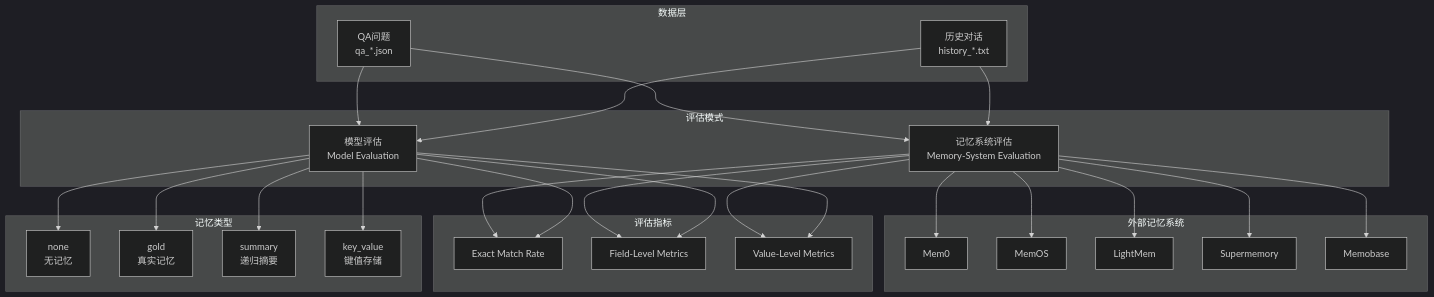
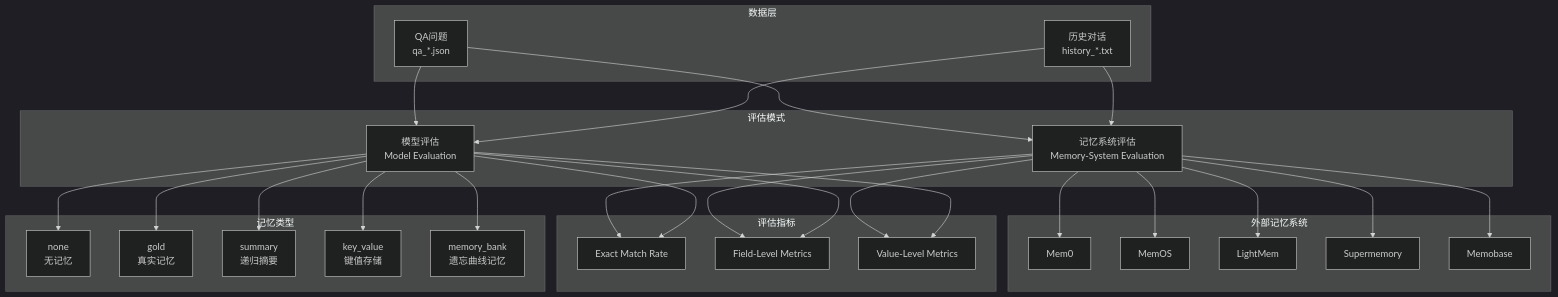
One commit to MiyakoMeow/DrivePal changed the second of 41 diagrams in BENCHMARK-VehicleMemBench.md. Above: the diagram before and after it, drawn with Mermaid (dark theme). The commit also changed other lines of this file and 3 other files, not shown here.

First line of the commit message:
docs: add memory_bank memory type and update benchmark documentation (#72)

````diff
--- a/BENCHMARK-VehicleMemBench.md
+++ b/BENCHMARK-VehicleMemBench.md
@@ -60,53 +60,55 @@
 ```mermaid
 graph TB
     subgraph 数据层
         H[历史对话<br>history_*.txt]
         Q[QA问题<br>qa_*.json]
     end
     
     subgraph 评估模式
         ME[模型评估<br>Model Evaluation]
         MSE[记忆系统评估<br>Memory-System Evaluation]
     end
     
     subgraph 记忆类型
         NONE[none<br>无记忆]
         GOLD[gold<br>真实记忆]
         SUMMARY[summary<br>递归摘要]
         KV[key_value<br>键值存储]
+        MB[memory_bank<br>遗忘曲线记忆]
     end
     
     subgraph 外部记忆系统
         M0[Mem0]
         MOS[MemOS]
         LM[LightMem]
         SM[Supermemory]
-        MB[Memobase]
+        MOB[Memobase]
     end
     
     subgraph 评估指标
         EMR[Exact Match Rate]
         FL[Field-Level Metrics]
         VL[Value-Level Metrics]
     end
     
     H --> ME
     H --> MSE
     Q --> ME
     Q --> MSE
     ME --> NONE
     ME --> GOLD
     ME --> SUMMARY
     ME --> KV
+    ME --> MB
     MSE --> M0
     MSE --> MOS
     MSE --> LM
     MSE --> SM
-    MSE --> MB
+    MSE --> MOB
     ME --> EMR
     ME --> FL
     ME --> VL
     MSE --> EMR
     MSE --> FL
     MSE --> VL
 ```
````
